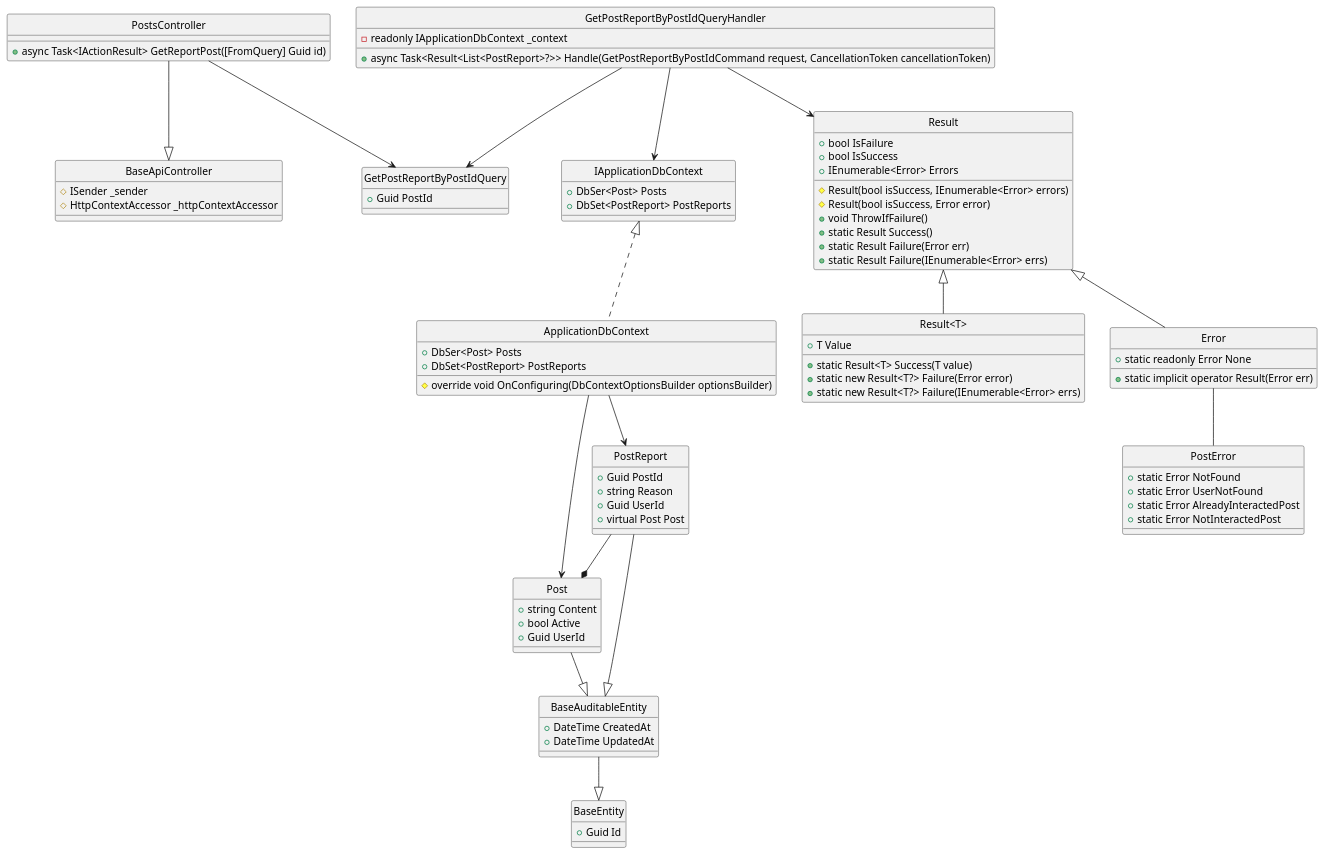
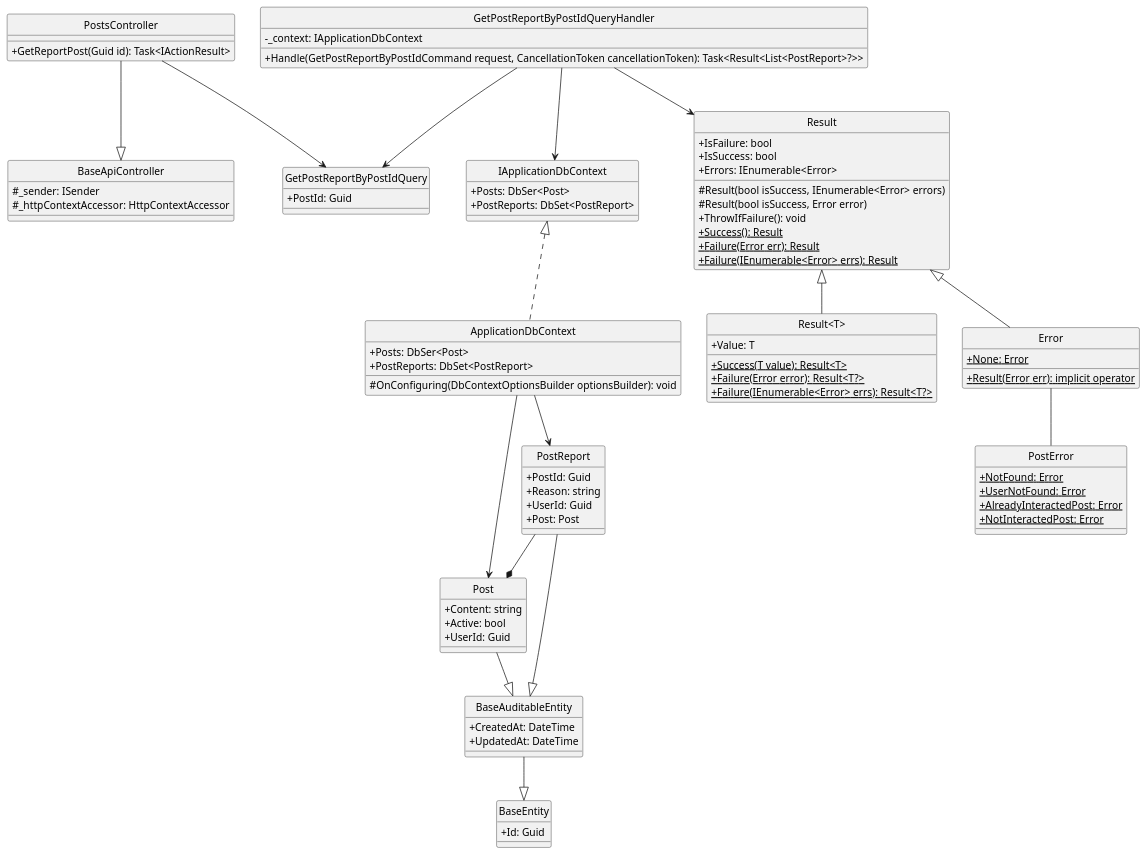
The diagram in docs/Class Diagram/Post/Post/GetReportPostByPostId/ClassDiagram.plantuml (Carl-Johnsons/Chat-Application), drawn with PlantUML before and after one commit. The commit also changed 21 other files, not shown here.

```diff
--- a/docs/Class Diagram/Post/Post/GetReportPostByPostId/ClassDiagram.plantuml
+++ b/docs/Class Diagram/Post/Post/GetReportPostByPostId/ClassDiagram.plantuml
@@ -1,101 +1,107 @@
 @startuml 
 hide circle
+skinparam classAttributeIconSize 0
 
 class BaseApiController {
-    #ISender _sender
-    #HttpContextAccessor _httpContextAccessor
+    #_sender: ISender
+    #_httpContextAccessor: HttpContextAccessor
 }
 
 class PostsController {
-    +async Task<IActionResult> GetReportPost([FromQuery] Guid id)
+    +GetReportPost(Guid id): Task<IActionResult>
 }
 
 class GetPostReportByPostIdQuery {
-    +Guid PostId
+    +PostId: Guid
 }
 
 class GetPostReportByPostIdQueryHandler {
-    -readonly IApplicationDbContext _context
-    +async Task<Result<List<PostReport>?>> Handle(GetPostReportByPostIdCommand request, CancellationToken cancellationToken)
+    -_context: IApplicationDbContext
+    +Handle(GetPostReportByPostIdCommand request, CancellationToken cancellationToken): Task<Result<List<PostReport>?>> 
 }
 
 class IApplicationDbContext {
-    +DbSer<Post> Posts
-    +DbSet<PostReport> PostReports
+    +Posts: DbSer<Post> 
+    +PostReports: DbSet<PostReport>
 }
 
 class ApplicationDbContext {
-    +DbSer<Post> Posts
-    +DbSet<PostReport> PostReports
-    #override void OnConfiguring(DbContextOptionsBuilder optionsBuilder)
+    +Posts: DbSer<Post> 
+    +PostReports: DbSet<PostReport>
+    #OnConfiguring(DbContextOptionsBuilder optionsBuilder): void
 }
 
 class Result {
-    +bool IsFailure
-    +bool IsSuccess
-    +IEnumerable<Error> Errors
+    +IsFailure: bool
+    +IsSuccess: bool
+    +Errors: IEnumerable<Error>
     #Result(bool isSuccess, IEnumerable<Error> errors)
     #Result(bool isSuccess, Error error)
-    +void ThrowIfFailure()
-    +static Result Success()
-    +static Result Failure(Error err)
-    +static Result Failure(IEnumerable<Error> errs)
+    +ThrowIfFailure(): void
+    +{static} Success(): Result
+    +{static} Failure(Error err): Result
+    +{static} Failure(IEnumerable<Error> errs): Result
 }
 
 class "Result<T>" {
-    +T Value
-    +static Result<T> Success(T value)
-    +static new Result<T?> Failure(Error error)
-    +static new Result<T?> Failure(IEnumerable<Error> errs)
+    +Value: T
+    +{static} Success(T value): Result<T>
+    +{static} Failure(Error error): Result<T?>
+    +{static} Failure(IEnumerable<Error> errs): Result<T?>
 }
 
 class Error {
-    +static readonly Error None
-    +static implicit operator Result(Error err)
+    +{static} None: Error 
+    +{static} Result(Error err): implicit operator
 }
 
 class PostError {
-    +static Error NotFound
-    +static Error UserNotFound
-    +static Error AlreadyInteractedPost
-    +static Error NotInteractedPost
+    +{static} NotFound: Error
+    +{static} UserNotFound: Error
+    +{static} AlreadyInteractedPost: Error
+    +{static} NotInteractedPost: Error
 }
 
 class BaseEntity {
-    +Guid Id
+    +Id: Guid 
 }
 
 class BaseAuditableEntity{
-    +DateTime CreatedAt
-    +DateTime UpdatedAt
+    +CreatedAt: DateTime
+    +UpdatedAt: DateTime 
 }
 
 class Post {
-    +string Content
-    +bool Active
-    +Guid UserId
+    +Content: string
+    +Active: bool
+    +UserId: Guid
 }
 
 class PostReport {
-    +Guid PostId
-    +string Reason
-    +Guid UserId
-    +virtual Post Post
+    +PostId: Guid 
+    +Reason: string 
+    +UserId: Guid 
+    +Post: Post
 } 
 
+'==== Get Post Report By Post Id ====
+'API Layer
 PostsController --|> BaseApiController
 PostsController --> GetPostReportByPostIdQuery
+'Application Layer
 GetPostReportByPostIdQueryHandler --> GetPostReportByPostIdQuery
 GetPostReportByPostIdQueryHandler --> Result
 GetPostReportByPostIdQueryHandler --> IApplicationDbContext
-IApplicationDbContext <|.. ApplicationDbContext
+'Domain Layer
 Result <|-- Error
 Result <|-- "Result<T>"
 Error -- PostError
-ApplicationDbContext --> Post
-ApplicationDbContext --> PostReport
 PostReport --|> BaseAuditableEntity
 Post --|> BaseAuditableEntity
 BaseAuditableEntity --|> BaseEntity
 PostReport --* Post
+'Infrastructure Layer
+IApplicationDbContext <|.. ApplicationDbContext
+ApplicationDbContext --> Post
+ApplicationDbContext --> PostReport
 @enduml
```
